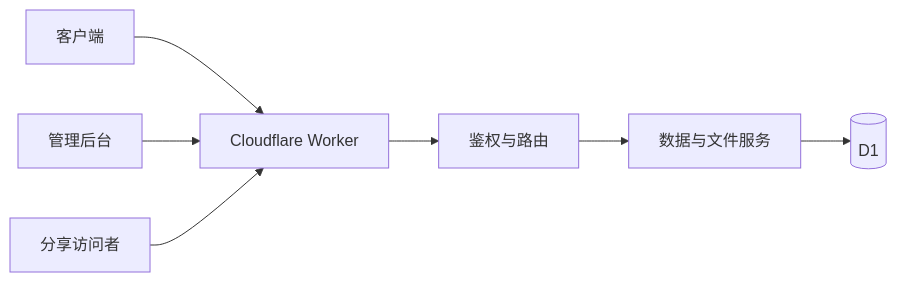
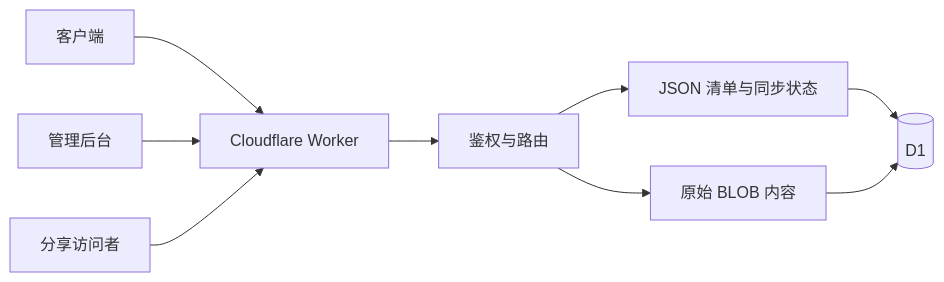
One commit to 0o755/vodplus-sync changed the diagram in docs/ARCHITECTURE.md. Above: the diagram before and after it, drawn with Mermaid. The commit also changed other lines of this file and 49 other files, not shown here.

````diff
--- a/docs/ARCHITECTURE.md
+++ b/docs/ARCHITECTURE.md
@@ -5,9 +5,11 @@
 ```mermaid
 flowchart LR
     Client[客户端] --> Worker[Cloudflare Worker]
     Admin[管理后台] --> Worker
     Visitor[分享访问者] --> Worker
     Worker --> Auth[鉴权与路由]
-    Auth --> Sync[数据与文件服务]
-    Sync --> DB[(D1)]
+    Auth --> Catalog[JSON 清单与同步状态]
+    Auth --> Content[原始 BLOB 内容]
+    Catalog --> DB[(D1)]
+    Content --> DB
 ```
````
